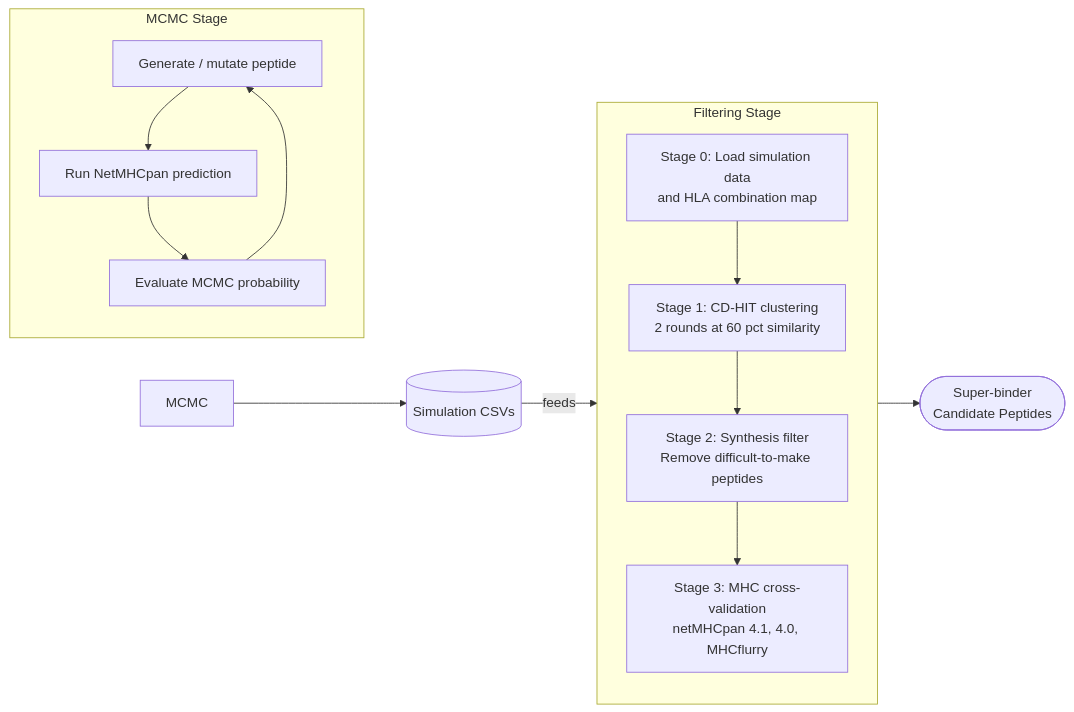
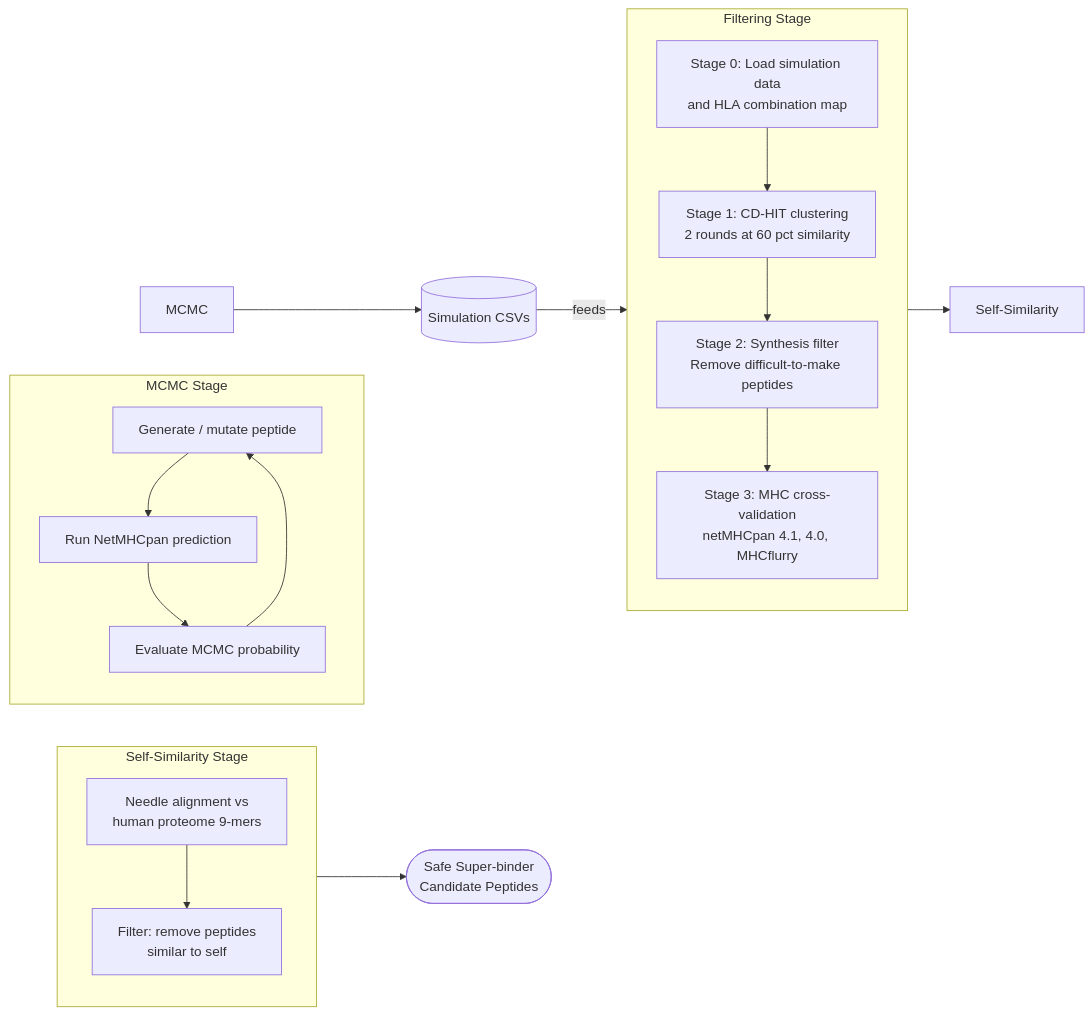
The diagram in README.md (elinor5938/super-HLA), drawn with Mermaid before and after one commit. The commit also changed other lines of this file and 10 other files, not shown here.

Commit message:
self similarity

````diff
--- a/README.md
+++ b/README.md
@@ -16,23 +17,31 @@
 ```mermaid
 flowchart LR
     subgraph MCMC Stage
         direction TB
         M1[Generate / mutate peptide]
         M2[Run NetMHCpan prediction]
         M3[Evaluate MCMC probability]
         M1 --> M2 --> M3 --> M1
     end
 
     subgraph Filtering Stage
         direction TB
         F0["Stage 0: Load simulation data<br/>and HLA combination map"]
         F1["Stage 1: CD-HIT clustering<br/>2 rounds at 60 pct similarity"]
         F2["Stage 2: Synthesis filter<br/>Remove difficult-to-make peptides"]
         F3["Stage 3: MHC cross-validation<br/>netMHCpan 4.1, 4.0, MHCflurry"]
         F0 --> F1 --> F2 --> F3
     end
 
+    subgraph Self-Similarity Stage
+        direction TB
+        S1["Needle alignment vs<br/>human proteome 9-mers"]
+        S2["Filter: remove peptides<br/>similar to self"]
+        S1 --> S2
+    end
+
     CSV[(Simulation CSVs)] -- feeds --> F0
     MCMC --> CSV
-    F3 --> Result(["Super-binder<br/>Candidate Peptides"])
+    F3 --> Self-Similarity
+    S2 --> Result(["Safe Super-binder<br/>Candidate Peptides"])
 ```
````
